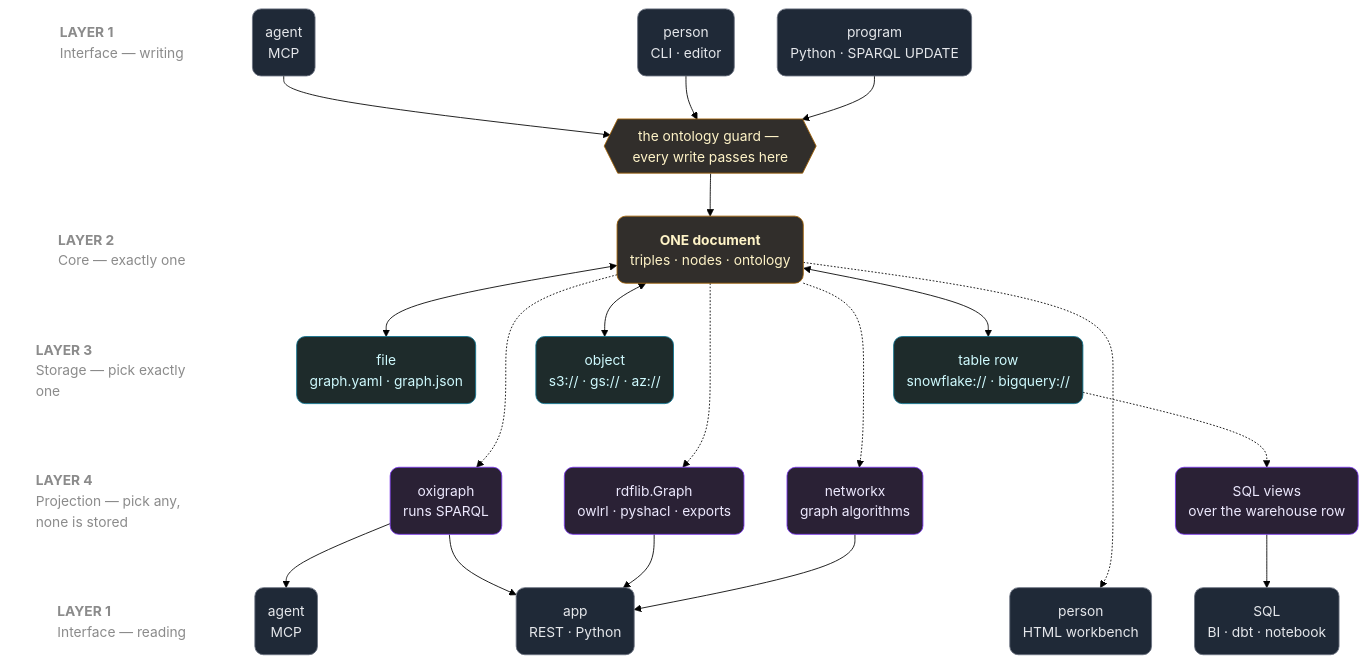
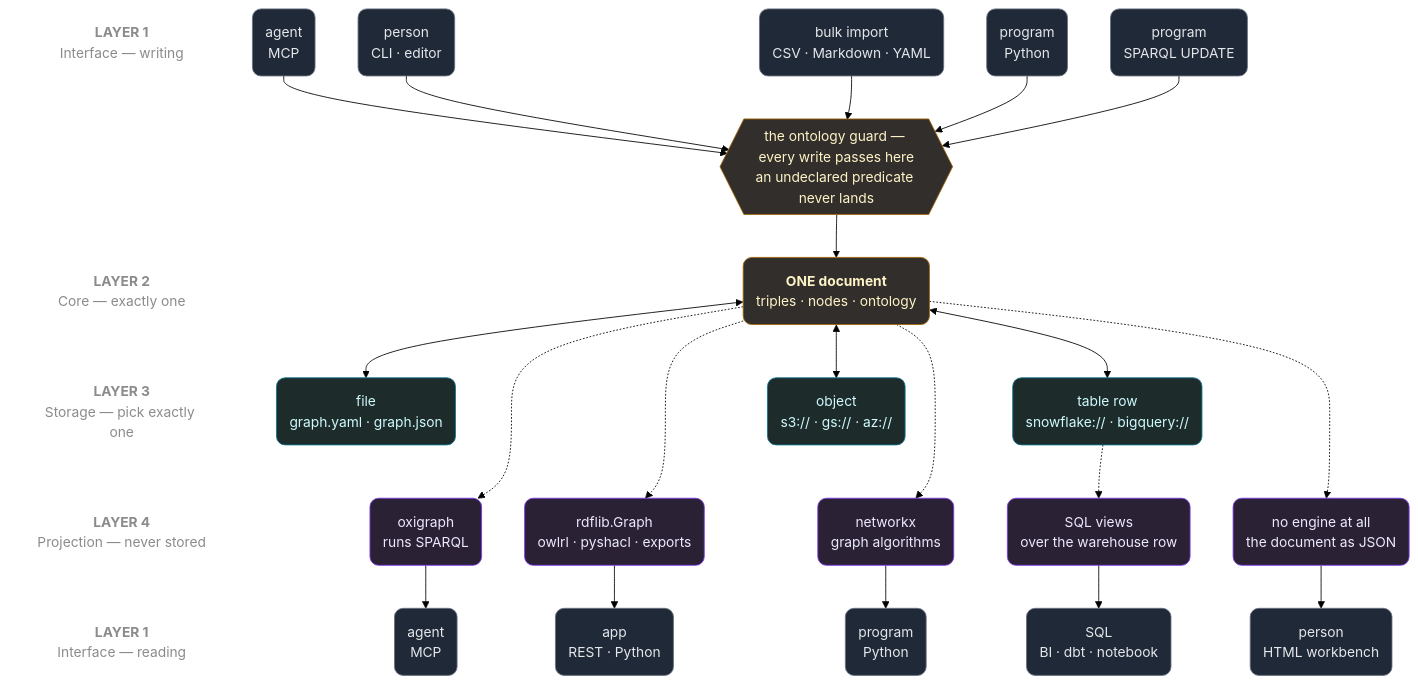
Before and after one commit to RyutoYoda/trikedb: the first of 3 diagrams in docs/ARCHITECTURE.md, drawn with Mermaid (forest theme). The commit also changed other lines of this file, not shown here.

Commit message:
docs: 全体図の列を揃えた。1列=1つの実経路として縦に読める
前の版は列がバラバラで、agent/MCP が左端に取り残され SQL views が右に
飛んでいた。原因は斜めに長く走る枝で、dagre が交差を避けて他の箱を
押しのけていた。

構造を変えて、投影と読み手を5列の一対一にした:

  oxigraph        → agent · MCP           (serve/mcp_server は db.sparql())
  rdflib.Graph    → app · REST · Python   (owlrl · pyshacl · エクスポート)
  networkx        → program · Python
  SQL views       → SQL · BI · dbt        (ウェアハウスの行の上)
  no engine at all→ person · HTML workbench

最後の1列は html.py を確認して足した。json と Path しか import して
おらず、投影を一切通さずJSONを埋め込んだ文書を直接読んでいる。図に
「投影なし」の列があるのは正直な事実で、レイヤー4が任意であることも
これで伝わる。

書き手も5経路あるので5列にした（cli.py の import サブコマンドは
CSV/TSV・Markdown表・他のYAMLグラフをマージする独立経路）。
ガードは幅を広げて、1行目中央の空きがガードの影として読めるようにした。

ストレージの3箱は、どの投影にランク制約を張るかで1・3・4列に散らした。
1568x756（縦横比2.07）、mmdc でレンダリングして目視確認済み。

````diff
--- a/docs/ARCHITECTURE.md
+++ b/docs/ARCHITECTURE.md
@@ -5,60 +5,66 @@
 ```mermaid
 flowchart TB
     LA["<b>LAYER 1</b><br/>Interface — writing"]
     LG[" "]
     LB["<b>LAYER 2</b><br/>Core — exactly one"]
     LC["<b>LAYER 3</b><br/>Storage — pick exactly one"]
-    LD["<b>LAYER 4</b><br/>Projection — pick any, none is stored"]
+    LD["<b>LAYER 4</b><br/>Projection — never stored"]
     LE["<b>LAYER 1</b><br/>Interface — reading"]
     LA ~~~ LG ~~~ LB ~~~ LC ~~~ LD ~~~ LE
 
     WA("agent<br/>MCP")
     WC("person<br/>CLI · editor")
-    WP("program<br/>Python · SPARQL UPDATE")
-    G{{"the ontology guard — every write passes here"}}
+    WI("bulk import<br/>CSV · Markdown · YAML")
+    WP("program<br/>Python")
+    WU("program<br/>SPARQL UPDATE")
+    G{{"the ontology guard — every write passes here<br/>an undeclared predicate never lands"}}
     C("<b>ONE document</b><br/>triples · nodes · ontology")
     SF("file<br/>graph.yaml · graph.json")
     SO("object<br/>s3:// · gs:// · az://")
     SW("table row<br/>snowflake:// · bigquery://")
     PO("oxigraph<br/>runs SPARQL")
     PR("rdflib.Graph<br/>owlrl · pyshacl · exports")
     PN("networkx<br/>graph algorithms")
     PV("SQL views<br/>over the warehouse row")
-    RH("person<br/>HTML workbench")
+    PD("no engine at all<br/>the document as JSON")
     RA("agent<br/>MCP")
     RP("app<br/>REST · Python")
+    RG("program<br/>Python")
     RS("SQL<br/>BI · dbt · notebook")
+    RH("person<br/>HTML workbench")
 
     WA --> G
     WC --> G
+    WI --> G
     WP --> G
+    WU --> G
     G --> C
     C <--> SF
     C <--> SO
     C <--> SW
     SF ~~~ PO
-    SO ~~~ PR
-    SW ~~~ PN
+    SF ~~~ PR
+    SO ~~~ PN
     SW -.-> PV
+    SW ~~~ PD
     C -.-> PO
     C -.-> PR
     C -.-> PN
+    C -.-> PD
     PO --> RA
-    PO --> RP
     PR --> RP
-    PN --> RP
+    PN --> RG
     PV --> RS
-    PO ~~~ RH
-    C -.-> RH
+    PD --> RH
 
-    classDef lbl fill:none,stroke:none,color:#8b8b8b,text-align:left
+    classDef lbl fill:none,stroke:none,color:#8b8b8b
     classDef iface fill:#1f2937,stroke:#6b7280,color:#e5e7eb,rx:10,ry:10
     classDef core fill:#312e2b,stroke:#a16207,color:#fef3c7,rx:10,ry:10
     classDef store fill:#1e2b2b,stroke:#0e7490,color:#cffafe,rx:10,ry:10
     classDef proj fill:#2a2135,stroke:#7c3aed,color:#ede9fe,rx:10,ry:10
     class LA,LG,LB,LC,LD,LE lbl
-    class WA,WC,WP,RH,RA,RP,RS iface
+    class WA,WC,WI,WP,WU,RA,RP,RG,RS,RH iface
     class C,G core
     class SF,SO,SW store
-    class PO,PR,PN,PV proj
+    class PO,PR,PN,PV,PD proj
 ```
````
